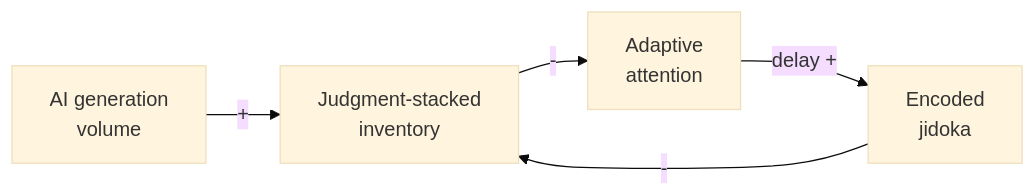
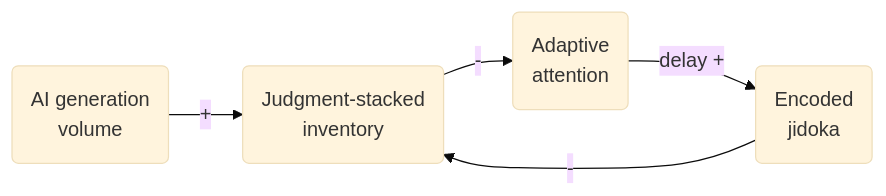
Before and after one commit to terryyin/terry-talks: the third of 3 diagrams in slides/tps-and-ai/slides.md, drawn with Mermaid (base theme). The commit also changed other lines of this file and 2 other files, not shown here.

````diff
--- a/slides/tps-and-ai/slides.md
+++ b/slides/tps-and-ai/slides.md
@@ -410,12 +411,13 @@
 ```mermaid {scale: 1.0}
 flowchart LR
-  AI[AI generation<br>volume]
-  INV[Judgment-stacked<br>inventory]
-  AA[Adaptive<br>attention]
-  EJ[Encoded<br>jidoka]
+  AI(AI generation<br>volume)
+  INV(Judgment-stacked<br>inventory)
+  AA(Adaptive<br>attention)
+  EJ(Encoded<br>jidoka)
 
   AI -->|"+"| INV
   INV -->|"-"| AA
   AA -->|"delay +"| EJ
   EJ -->|"-"| INV
+  class AI accent
 ```
````
